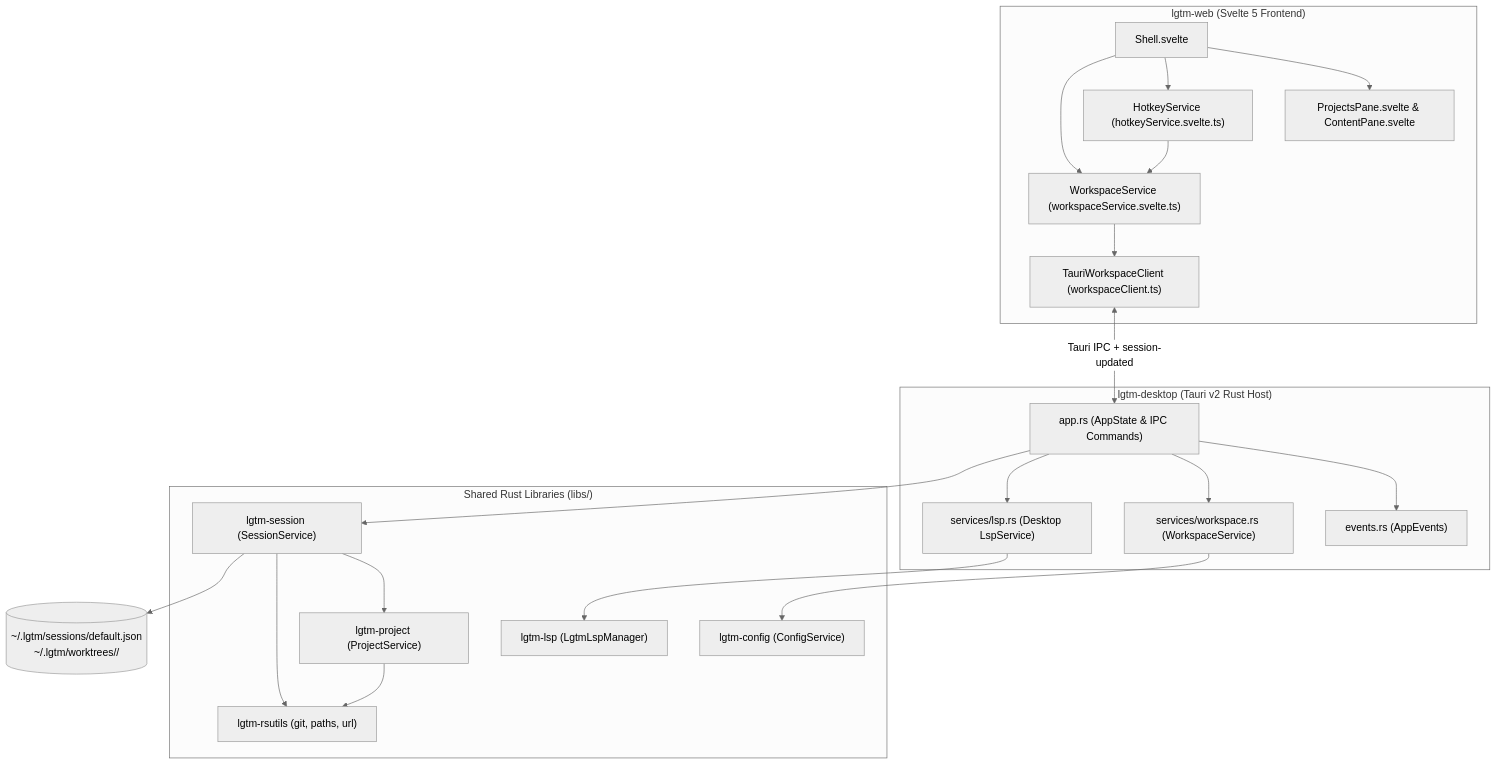
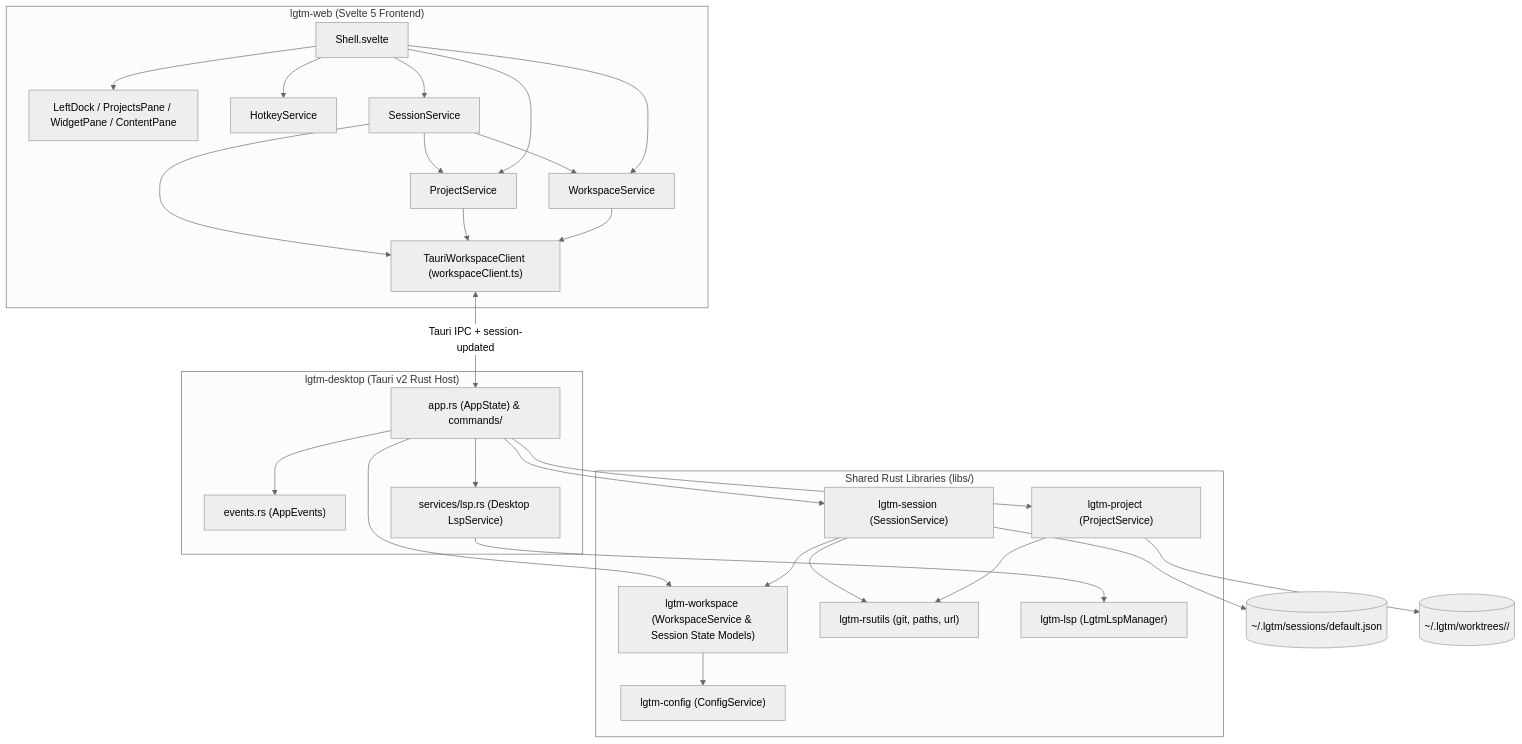
The first of 5 diagrams in docs/architecture/desktop/projects.md (difflab-io/lgtm), drawn with Mermaid (neutral theme) before and after one commit. The commit also changed other lines of this file and 17 other files, not shown here.

First line of the commit message:
refactor(session,desktop,rsutils,docs): orchestrate projects in desktop host and sync docs

````diff
--- a/docs/architecture/desktop/projects.md
+++ b/docs/architecture/desktop/projects.md
@@ -28,42 +28,51 @@
 ```mermaid
 flowchart TB
     subgraph Web["lgtm-web (Svelte 5 Frontend)"]
         SHELL["Shell.svelte"]
-        PANE["ProjectsPane.svelte & ContentPane.svelte"]
-        HOTKEY["HotkeyService (hotkeyService.svelte.ts)"]
-        WS_UI["WorkspaceService (workspaceService.svelte.ts)"]
+        PANE["LeftDock / ProjectsPane / WidgetPane / ContentPane"]
+        HOTKEY["HotkeyService"]
+        WS_UI["WorkspaceService"]
+        PROJ_UI["ProjectService"]
+        SESS_UI["SessionService"]
         CLIENT["TauriWorkspaceClient (workspaceClient.ts)"]
         SHELL --> PANE
         SHELL --> HOTKEY
         SHELL --> WS_UI
-        HOTKEY --> WS_UI
+        SHELL --> PROJ_UI
+        SHELL --> SESS_UI
+        SESS_UI --> PROJ_UI
+        SESS_UI --> WS_UI
         WS_UI --> CLIENT
+        PROJ_UI --> CLIENT
+        SESS_UI --> CLIENT
     end
 
     subgraph Host["lgtm-desktop (Tauri v2 Rust Host)"]
-        APP["app.rs (AppState & IPC Commands)"]
+        APP["app.rs (AppState) & commands/"]
         BUS["events.rs (AppEvents)"]
-        WS_HOST["services/workspace.rs (WorkspaceService)"]
         LSP_HOST["services/lsp.rs (Desktop LspService)"]
         APP --> BUS
-        APP --> WS_HOST
         APP --> LSP_HOST
     end
 
     subgraph Libraries["Shared Rust Libraries (libs/)"]
+        WS_LIB["lgtm-workspace (WorkspaceService & Session State Models)"]
         SESS_LIB["lgtm-session (SessionService)"]
         PROJ_LIB["lgtm-project (ProjectService)"]
         RSUTILS["lgtm-rsutils (git, paths, url)"]
         LSP_LIB["lgtm-lsp (LgtmLspManager)"]
         CFG_LIB["lgtm-config (ConfigService)"]
-        SESS_LIB --> PROJ_LIB
+        SESS_LIB --> WS_LIB
         PROJ_LIB --> RSUTILS
         SESS_LIB --> RSUTILS
-        WS_HOST --> CFG_LIB
+        WS_LIB --> CFG_LIB
         LSP_HOST --> LSP_LIB
     end
 
     CLIENT <-->|"Tauri IPC + session-updated"| APP
+    APP --> WS_LIB
+    APP --> PROJ_LIB
     APP --> SESS_LIB
-    SESS_LIB --> STORE[("~/.lgtm/sessions/default.json\n~/.lgtm/worktrees/<project>/<branch>")]
+    SESS_LIB --> STORE[("~/.lgtm/sessions/default.json")]
+    PROJ_LIB --> WTSTORE[("~/.lgtm/worktrees/<project>/<branch>")]
 ```
````
